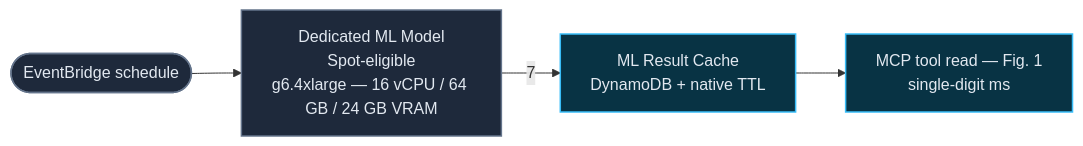
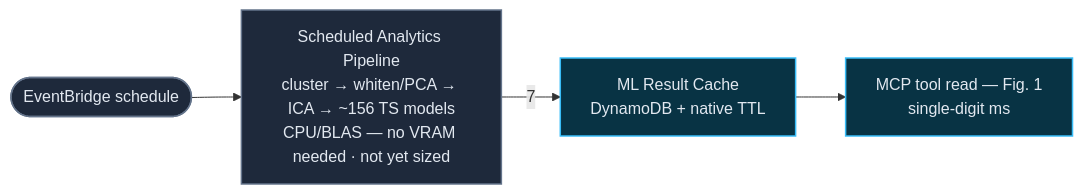
Before and after one commit to AstronAgent/sys-estimation: the third of 3 diagrams in deployment-architecture.md, drawn with Mermaid. The commit also changed other lines of this file and 8 other files, not shown here.

````diff
--- a/deployment-architecture.md
+++ b/deployment-architecture.md
@@ -154,14 +154,14 @@
 ```mermaid
 flowchart LR
     ev(["EventBridge schedule"])
-    sml["Dedicated ML Model<br/>Spot-eligible<br/>g6.4xlarge — 16 vCPU / 64 GB / 24 GB VRAM"]
+    sml["Scheduled Analytics Pipeline<br/>cluster → whiten/PCA → ICA → ~156 TS models<br/>CPU/BLAS — no VRAM needed · not yet sized"]
     cache["ML Result Cache<br/>DynamoDB + native TTL"]
     mcp["MCP tool read — Fig. 1<br/>single-digit ms"]
 
     ev --> sml -->|"7"| cache --> mcp
 
     classDef job fill:#1e293b,stroke:#64748b,stroke-width:1.5px,color:#e2e8f0
     classDef cch fill:#083344,stroke:#38bdf8,stroke-width:1.5px,color:#e2e8f0
     class ev,sml job
     class cache,mcp cch
 ```
````
